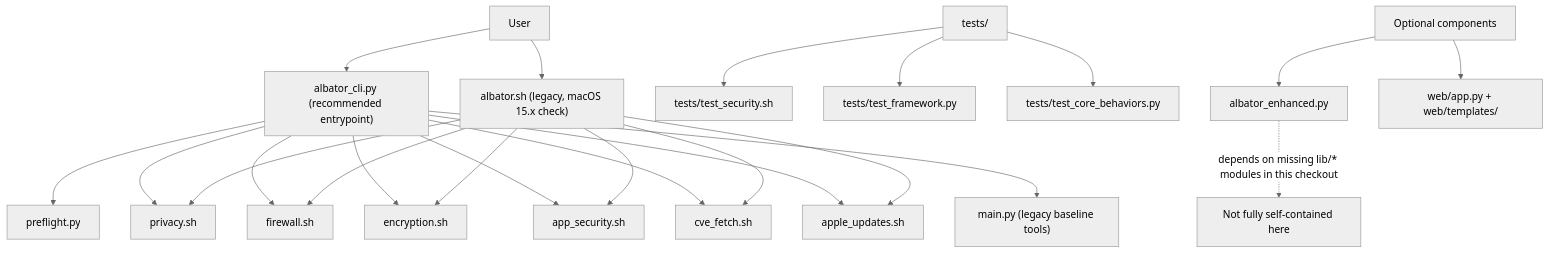
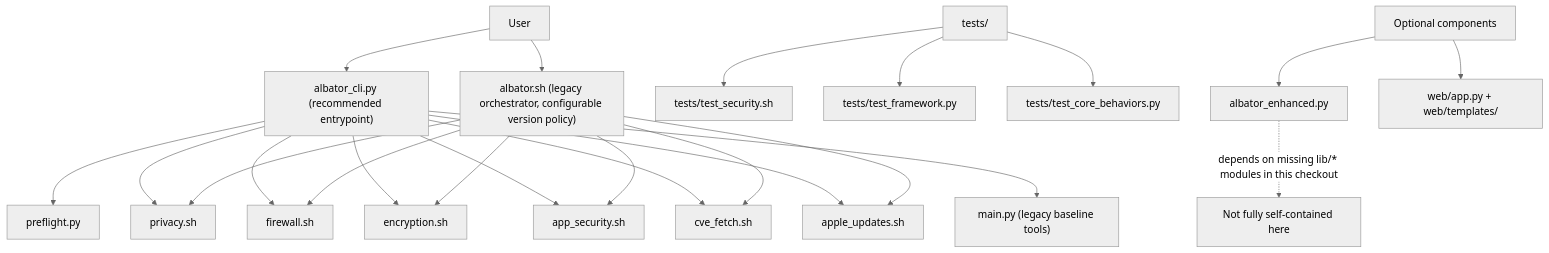
The diagram in README.md (cluster2600/ALBATOR), drawn with Mermaid (neutral theme) before and after one commit. The commit also changed other lines of this file and 3 other files, not shown here.

````diff
--- a/README.md
+++ b/README.md
@@ -109,29 +109,29 @@
 ```mermaid
 flowchart TD
     U["User"] --> C["albator_cli.py (recommended entrypoint)"]
-    U --> L["albator.sh (legacy, macOS 15.x check)"]
+    U --> L["albator.sh (legacy orchestrator, configurable version policy)"]
 
     C --> P["preflight.py"]
     C --> S1["privacy.sh"]
     C --> S2["firewall.sh"]
     C --> S3["encryption.sh"]
     C --> S4["app_security.sh"]
     C --> S5["cve_fetch.sh"]
     C --> S6["apple_updates.sh"]
     C --> M["main.py (legacy baseline tools)"]
 
     L --> S1
     L --> S2
     L --> S3
     L --> S4
     L --> S5
     L --> S6
 
     T["tests/"] --> T1["tests/test_security.sh"]
     T --> T2["tests/test_framework.py"]
     T --> T3["tests/test_core_behaviors.py"]
 
     O["Optional components"] --> E["albator_enhanced.py"]
     O --> W["web/app.py + web/templates/"]
     E -. "depends on missing lib/* modules in this checkout" .-> X["Not fully self-contained here"]
 ```
````
